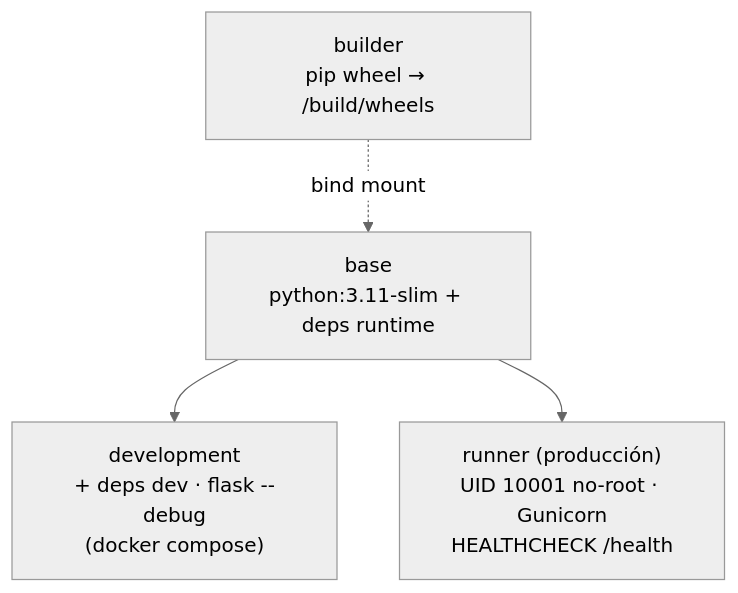
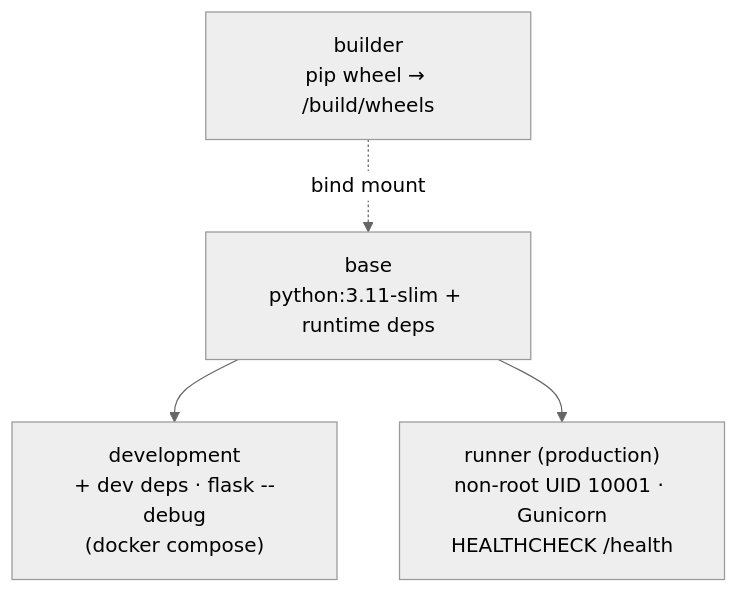
The second of 2 diagrams in README.md (DiegoTepichin/cicd-pipeline), drawn with Mermaid (neutral theme) before and after one commit. The commit also changed other lines of this file, not shown here.

````diff
--- a/README.md
+++ b/README.md
@@ -47,6 +54,6 @@
 ```mermaid
 flowchart TB
     builder["builder<br/>pip wheel → /build/wheels"] -. bind mount .-> base
-    base["base<br/>python:3.11-slim + deps runtime"] --> development["development<br/>+ deps dev · flask --debug<br/>(docker compose)"]
-    base --> runner["runner (producción)<br/>UID 10001 no-root · Gunicorn<br/>HEALTHCHECK /health"]
+    base["base<br/>python:3.11-slim + runtime deps"] --> development["development<br/>+ dev deps · flask --debug<br/>(docker compose)"]
+    base --> runner["runner (production)<br/>non-root UID 10001 · Gunicorn<br/>HEALTHCHECK /health"]
 ```
````
